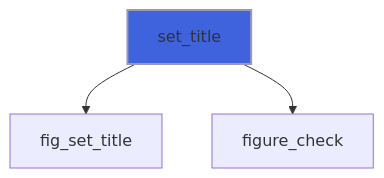
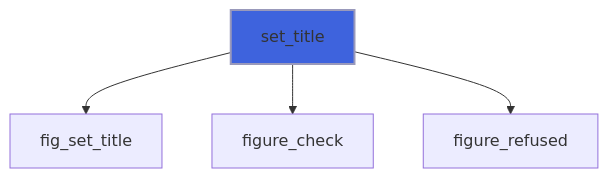
Before and after one commit to szaghi/figure: diagram 19 of 41 in docs/api/src/lib/figure_app.md, drawn with Mermaid. The commit also changed other lines of this file and 10 other files, not shown here.

````diff
--- a/docs/api/src/lib/figure_app.md
+++ b/docs/api/src/lib/figure_app.md
@@ -687,6 +731,7 @@
 ```mermaid
 flowchart TD
   set_title["set_title"] --> fig_set_title["fig_set_title"]
   set_title["set_title"] --> figure_check["figure_check"]
+  set_title["set_title"] --> figure_refused["figure_refused"]
   style set_title fill:#3e63dd,stroke:#99b,stroke-width:2px
 ```
````
